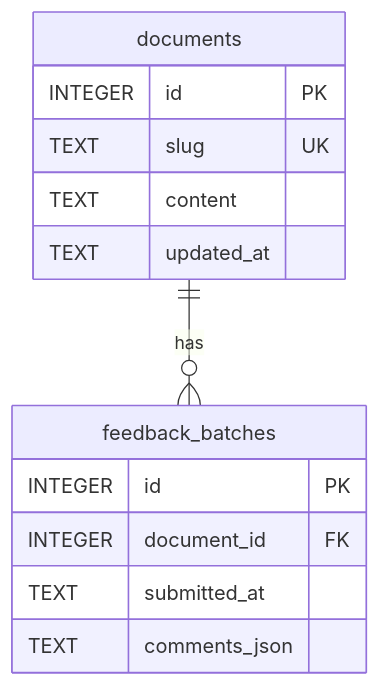
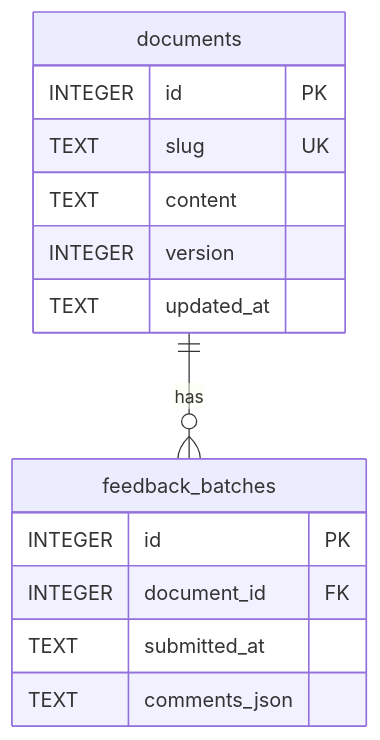
Before and after one commit to mshddev/pena: the diagram in docs/PERSISTENT_STORAGE_ARCHITECTURE.md, drawn with Mermaid. The commit also changed other lines of this file and 6 other files, not shown here.

````diff
--- a/docs/PERSISTENT_STORAGE_ARCHITECTURE.md
+++ b/docs/PERSISTENT_STORAGE_ARCHITECTURE.md
@@ -234,18 +244,19 @@
 ```mermaid
 erDiagram
     documents ||--o{ feedback_batches : has
 
     documents {
         INTEGER id PK
         TEXT slug UK
         TEXT content
+        INTEGER version
         TEXT updated_at
     }
 
     feedback_batches {
         INTEGER id PK
         INTEGER document_id FK
         TEXT submitted_at
         TEXT comments_json
     }
 ```
````
